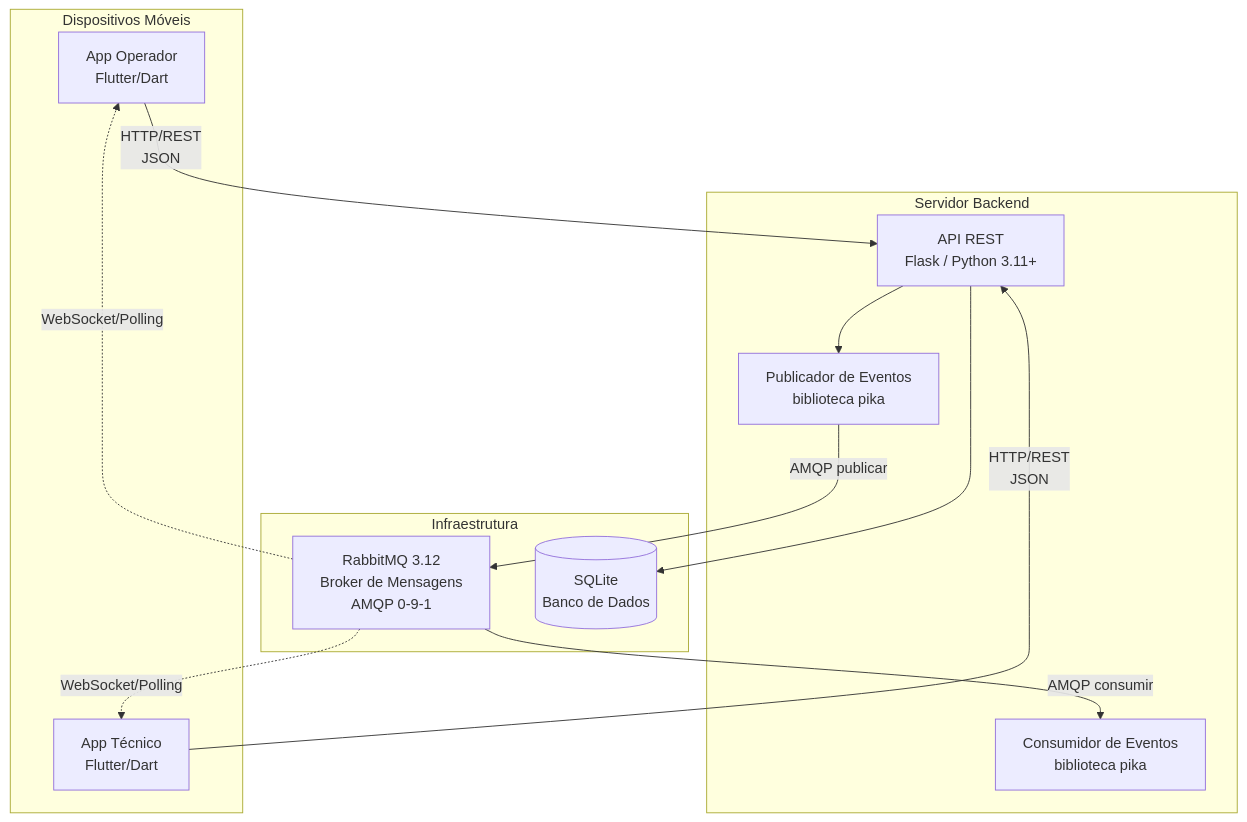
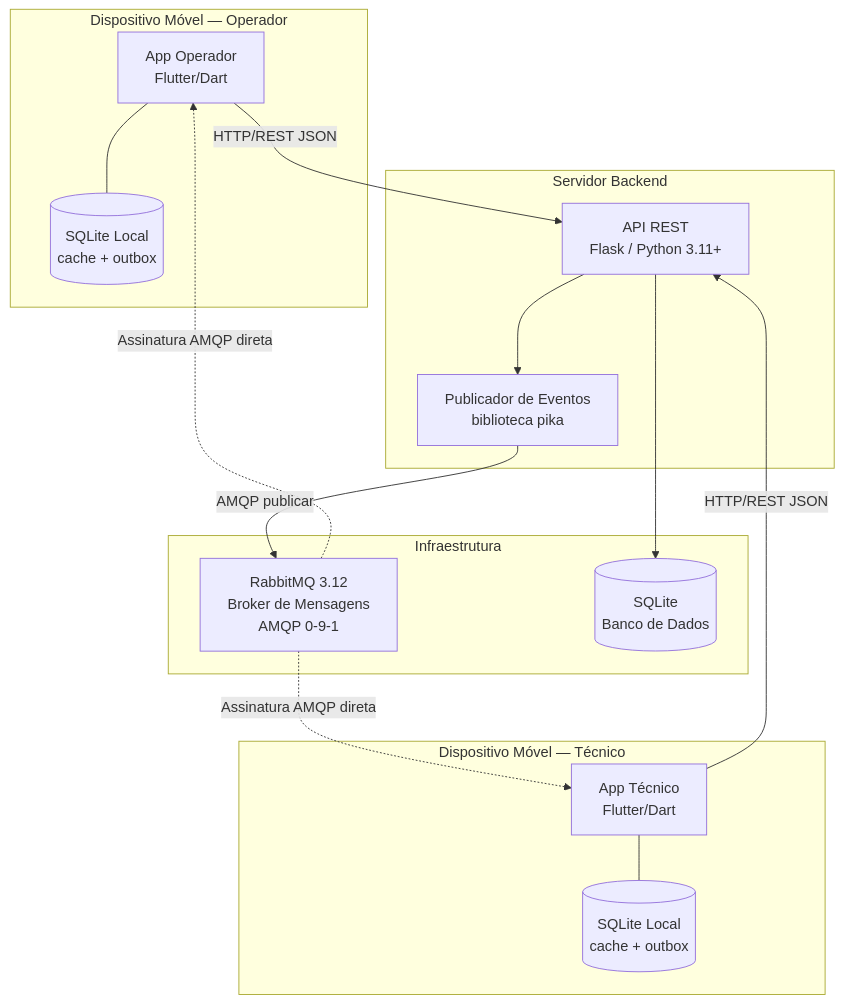
Before and after one commit to art1544/PlantOS-LAMD: the first of 11 diagrams in docs/sprint1/arquitetura.md, drawn with Mermaid. The commit also changed other lines of this file and 5 other files, not shown here.

First line of the commit message:
feat: enhance architecture documentation for PlantOS

````diff
--- a/docs/sprint1/arquitetura.md
+++ b/docs/sprint1/arquitetura.md
@@ -23,27 +25,32 @@
 ```mermaid
 graph TB
-    subgraph "Dispositivos Móveis"
+    subgraph "Dispositivo Móvel — Operador"
         OP[App Operador<br/>Flutter/Dart]
+        DB_OP[(SQLite Local<br/>cache + outbox)]
+    end
+
+    subgraph "Dispositivo Móvel — Técnico"
         TEC[App Técnico<br/>Flutter/Dart]
+        DB_TEC[(SQLite Local<br/>cache + outbox)]
     end
 
     subgraph "Servidor Backend"
         API[API REST<br/>Flask / Python 3.11+]
         PUB[Publicador de Eventos<br/>biblioteca pika]
-        CON[Consumidor de Eventos<br/>biblioteca pika]
     end
 
     subgraph "Infraestrutura"
         MQ[RabbitMQ 3.12<br/>Broker de Mensagens<br/>AMQP 0-9-1]
         DB[(SQLite<br/>Banco de Dados)]
     end
 
-    OP -->|HTTP/REST<br/>JSON| API
-    TEC -->|HTTP/REST<br/>JSON| API
+    OP -->|HTTP/REST JSON| API
+    TEC -->|HTTP/REST JSON| API
+    OP --- DB_OP
+    TEC --- DB_TEC
     API --> DB
     API --> PUB
     PUB -->|AMQP publicar| MQ
-    MQ -->|AMQP consumir| CON
-    MQ -.->|WebSocket/Polling| OP
-    MQ -.->|WebSocket/Polling| TEC
+    MQ -.->|Assinatura AMQP direta| OP
+    MQ -.->|Assinatura AMQP direta| TEC
 ```
````
